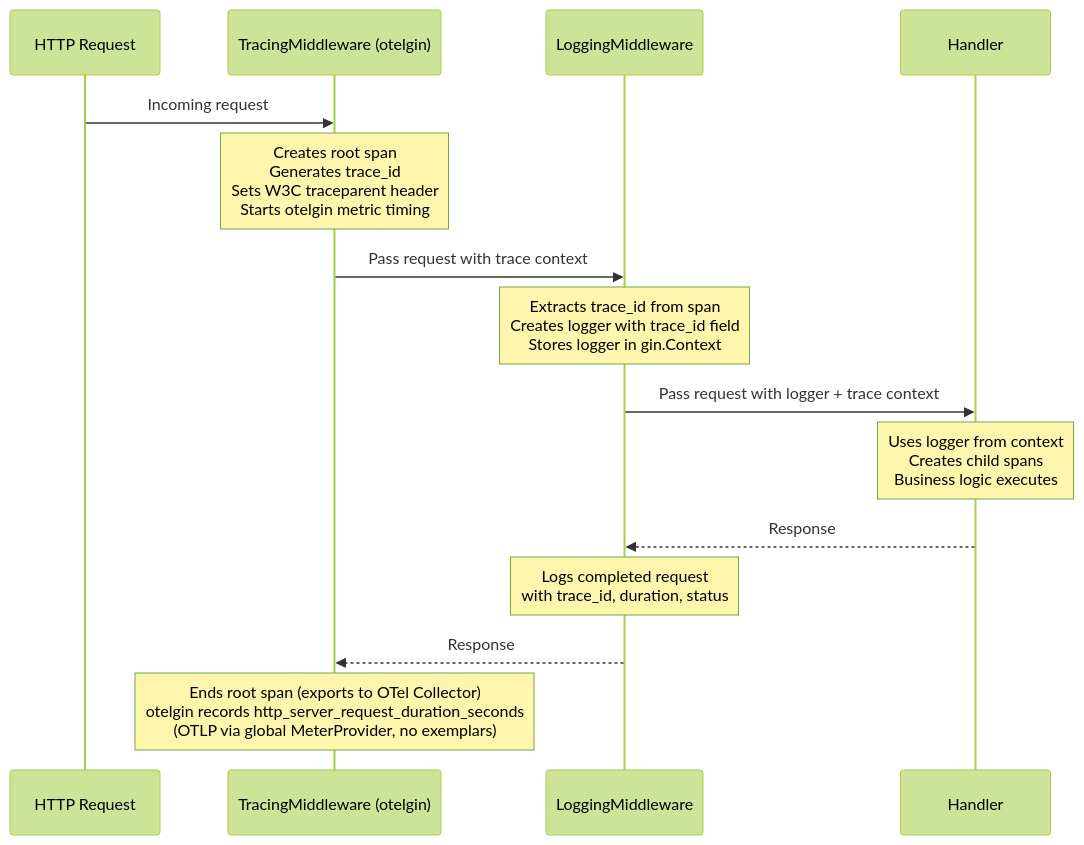
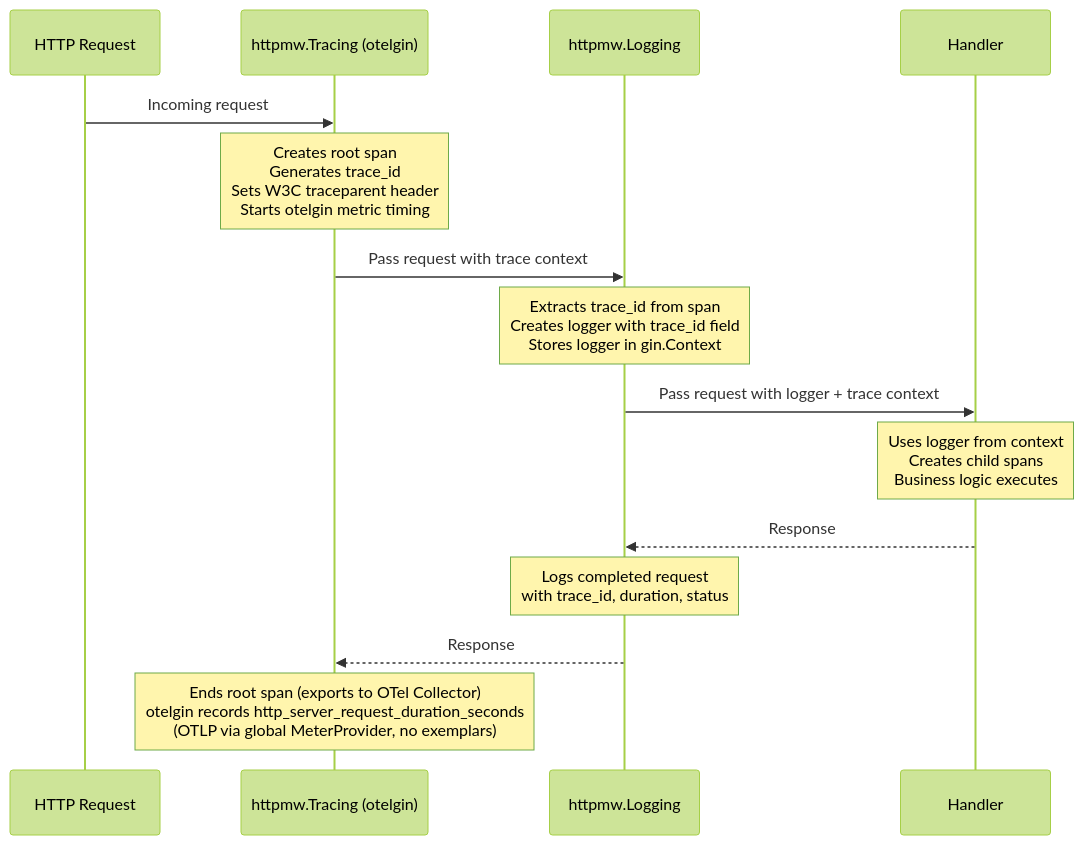
One commit to duynhlab/homelab changed the fourth of 7 diagrams in docs/observability/runbooks/observability-deep-dive.md. Above: the diagram before and after it, drawn with Mermaid (forest theme). The commit also changed other lines of this file and 12 other files, not shown here.

````diff
--- a/docs/observability/runbooks/observability-deep-dive.md
+++ b/docs/observability/runbooks/observability-deep-dive.md
@@ -300,22 +302,22 @@
 ```mermaid
 sequenceDiagram
     participant Req as HTTP Request
-    participant TM as TracingMiddleware (otelgin)
-    participant LM as LoggingMiddleware
+    participant TM as httpmw.Tracing (otelgin)
+    participant LM as httpmw.Logging
     participant H as Handler
 
     Req->>TM: Incoming request
     Note over TM: Creates root span<br/>Generates trace_id<br/>Sets W3C traceparent header<br/>Starts otelgin metric timing
 
     TM->>LM: Pass request with trace context
     Note over LM: Extracts trace_id from span<br/>Creates logger with trace_id field<br/>Stores logger in gin.Context
 
     LM->>H: Pass request with logger + trace context
     Note over H: Uses logger from context<br/>Creates child spans<br/>Business logic executes
 
     H-->>LM: Response
     Note over LM: Logs completed request<br/>with trace_id, duration, status
 
     LM-->>TM: Response
     Note over TM: Ends root span (exports to OTel Collector)<br/>otelgin records http_server_request_duration_seconds<br/>(OTLP via global MeterProvider, no exemplars)
 ```
````
